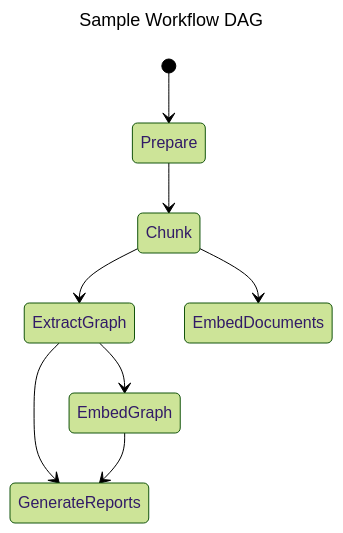
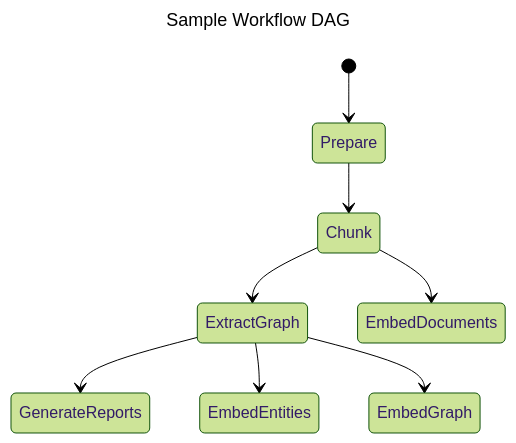
Before and after one commit to microsoft/graphrag: the second of 2 diagrams in docsite/posts/index/0-architecture.md, drawn with Mermaid (forest theme). The commit also changed 2 other files, not shown here.

Commit message:
Clarify covariate extraction

````diff
--- a/docsite/posts/index/0-architecture.md
+++ b/docsite/posts/index/0-architecture.md
@@ -45,13 +45,13 @@
 ```mermaid
 ---
 title: Sample Workflow DAG
 ---
 stateDiagram-v2
     [*] --> Prepare
     Prepare --> Chunk
     Chunk --> ExtractGraph
     Chunk --> EmbedDocuments
     ExtractGraph --> GenerateReports
+    ExtractGraph --> EmbedEntities
     ExtractGraph --> EmbedGraph
-    EmbedGraph --> GenerateReports
 ```
````
